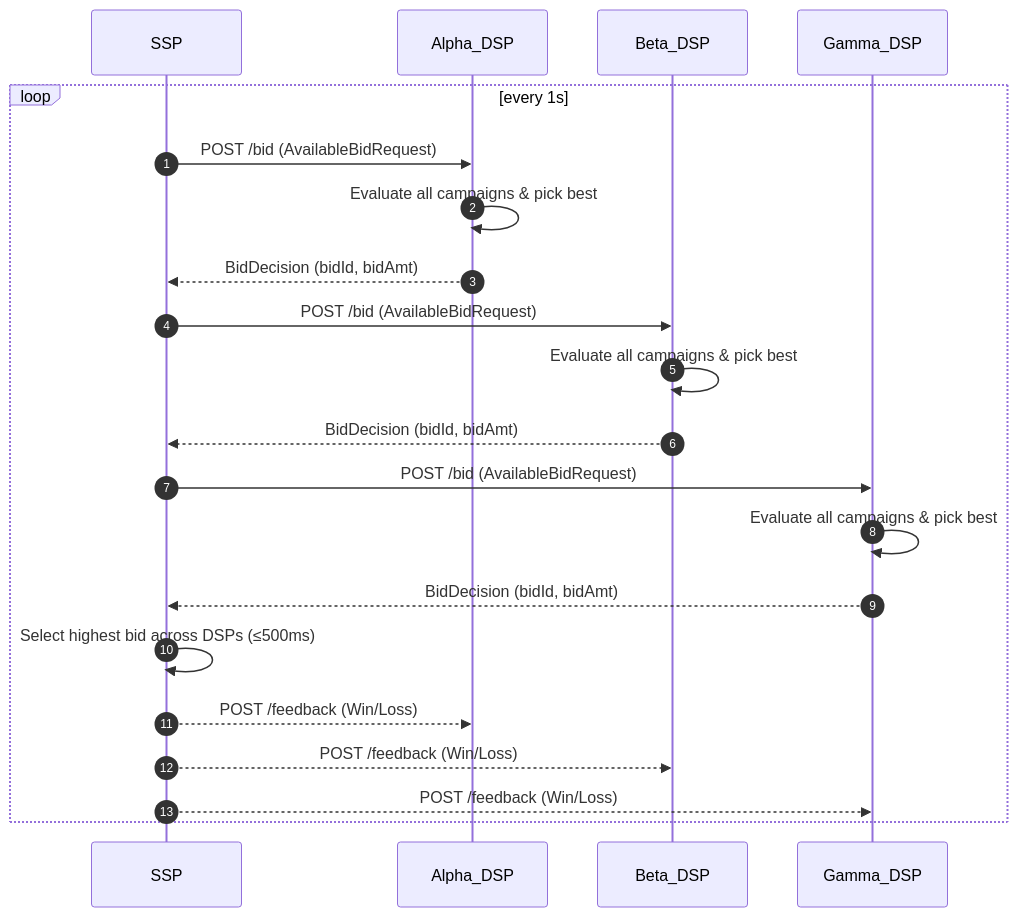
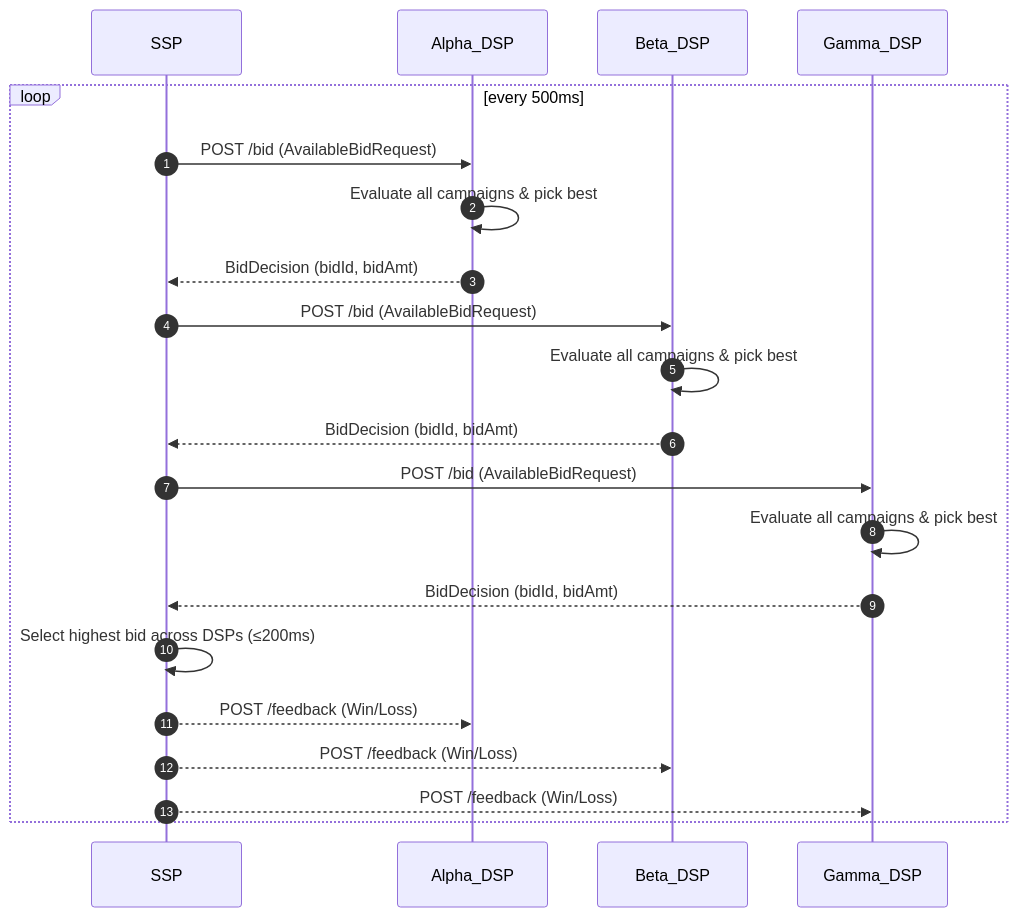
The first of 2 diagrams in README.md (NeoHW/mini-dsp), drawn with Mermaid before and after one commit.

Commit message:
Fix mermaid graph

````diff
--- a/README.md
+++ b/README.md
@@ -26,28 +26,28 @@
 ```mermaid
 sequenceDiagram
     autonumber
-    loop every 1s
+    loop every 500ms
         participant SSP
         participant Alpha_DSP
         participant Beta_DSP
         participant Gamma_DSP
 
         SSP->>Alpha_DSP: POST /bid (AvailableBidRequest)
         Alpha_DSP->>Alpha_DSP: Evaluate all campaigns & pick best
         Alpha_DSP-->>SSP: BidDecision (bidId, bidAmt)
 
         SSP->>Beta_DSP: POST /bid (AvailableBidRequest)
         Beta_DSP->>Beta_DSP: Evaluate all campaigns & pick best
         Beta_DSP-->>SSP: BidDecision (bidId, bidAmt)
 
         SSP->>Gamma_DSP: POST /bid (AvailableBidRequest)
         Gamma_DSP->>Gamma_DSP: Evaluate all campaigns & pick best
         Gamma_DSP-->>SSP: BidDecision (bidId, bidAmt)
 
-        SSP->>SSP: Select highest bid across DSPs (≤500ms)
+        SSP->>SSP: Select highest bid across DSPs (≤200ms)
 
         SSP-->>Alpha_DSP: POST /feedback (Win/Loss)
         SSP-->>Beta_DSP: POST /feedback (Win/Loss)
         SSP-->>Gamma_DSP: POST /feedback (Win/Loss)
     end
 ```
````
